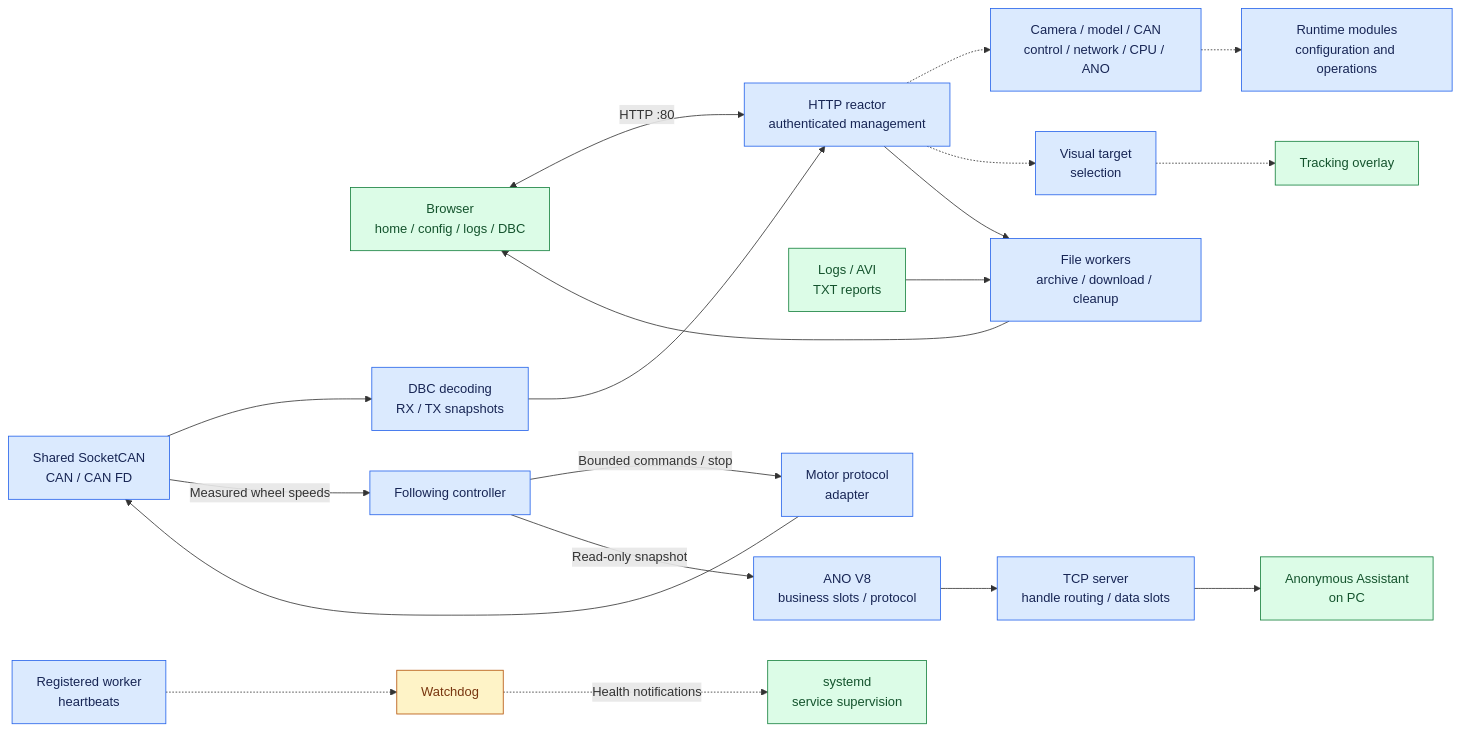
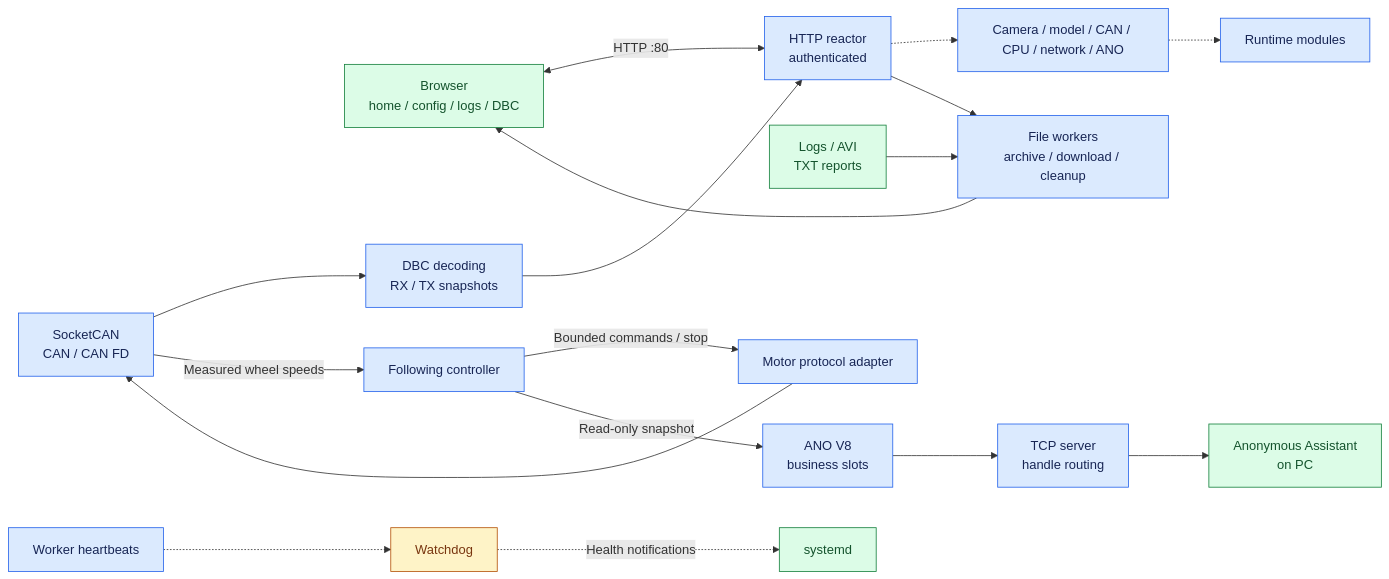
One commit to qianruo-orange/autonomous-driving-car changed the third of 3 diagrams in README.md. Above: the diagram before and after it, drawn with Mermaid. The commit also changed other lines of this file, not shown here.

First line of the commit message:
docs: rewrite the README for the current hardware-only pipeline

````diff
--- a/README.md
+++ b/README.md
@@ -75,27 +128,25 @@
 ```mermaid
 flowchart LR
-    Browser["Browser<br/>home / config / logs / DBC"] <-->|HTTP :80| HTTP["HTTP reactor<br/>authenticated management"]
-    HTTP -.-> Settings["Camera / model / CAN<br/>control / network / CPU / ANO"]
-    Settings -.-> Modules["Runtime modules<br/>configuration and operations"]
-    HTTP -.-> Select["Visual target<br/>selection"]
-    Select -.-> Overlay["Tracking overlay"]
+    Browser["Browser<br/>home / config / logs / DBC"] <-->|HTTP :80| HTTP["HTTP reactor<br/>authenticated"]
+    HTTP -.-> Settings["Camera / model / CAN / CPU / network / ANO"]
+    Settings -.-> Modules["Runtime modules"]
     HTTP --> Files["File workers<br/>archive / download / cleanup"]
     Storage["Logs / AVI<br/>TXT reports"] --> Files
     Files --> Browser
-    CAN["Shared SocketCAN<br/>CAN / CAN FD"] --> DBC["DBC decoding<br/>RX / TX snapshots"]
+    CAN["SocketCAN<br/>CAN / CAN FD"] --> DBC["DBC decoding<br/>RX / TX snapshots"]
     DBC --> HTTP
     CAN -->|Measured wheel speeds| Follow["Following controller"]
-    Follow -->|Bounded commands / stop| Adapter["Motor protocol<br/>adapter"]
+    Follow -->|Bounded commands / stop| Adapter["Motor protocol adapter"]
     Adapter --> CAN
-    Follow -->|Read-only snapshot| ANO["ANO V8<br/>business slots / protocol"]
-    ANO --> TCP["TCP server<br/>handle routing / data slots"]
+    Follow -->|Read-only snapshot| ANO["ANO V8<br/>business slots"]
+    ANO --> TCP["TCP server<br/>handle routing"]
     TCP --> PC["Anonymous Assistant<br/>on PC"]
-    Workers["Registered worker<br/>heartbeats"] -.-> Watchdog["Watchdog"]
-    Watchdog -.->|Health notifications| Systemd["systemd<br/>service supervision"]
+    Workers["Worker heartbeats"] -.-> Watchdog["Watchdog"]
+    Watchdog -.->|Health notifications| Systemd["systemd"]
     classDef process fill:#dbeafe,stroke:#2563eb,color:#172554
     classDef output fill:#dcfce7,stroke:#15803d,color:#14532d
     classDef check fill:#fef3c7,stroke:#b45309,color:#78350f
-    class HTTP,Settings,Modules,Select,Files,CAN,DBC,Follow,Adapter,ANO,TCP,Workers process
-    class Browser,Overlay,Storage,PC,Systemd output
+    class HTTP,Settings,Modules,Files,CAN,DBC,Follow,Adapter,ANO,TCP,Workers process
+    class Browser,Storage,PC,Systemd output
     class Watchdog check
 ```
````
